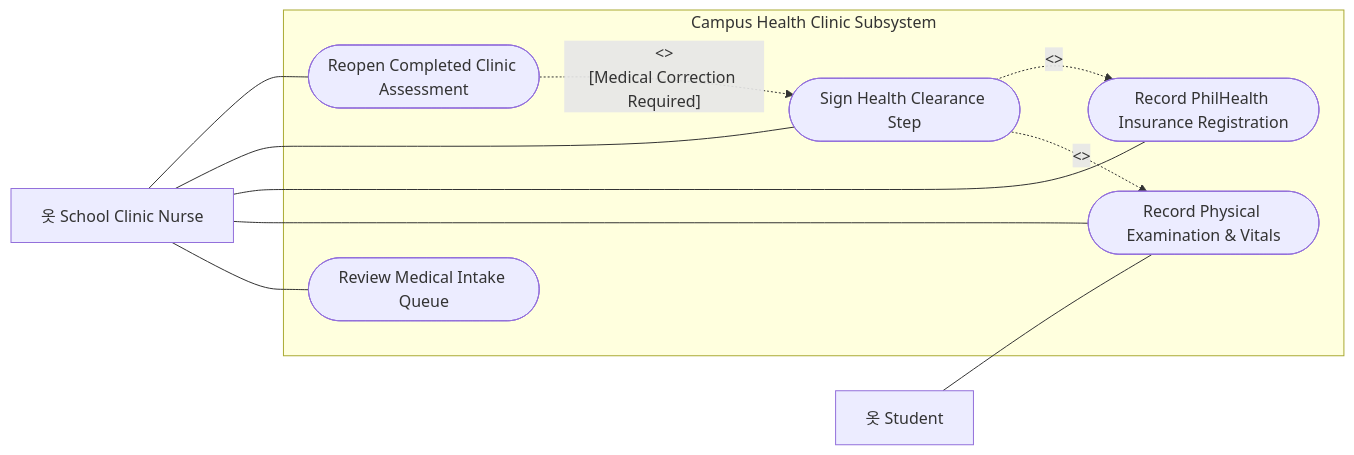
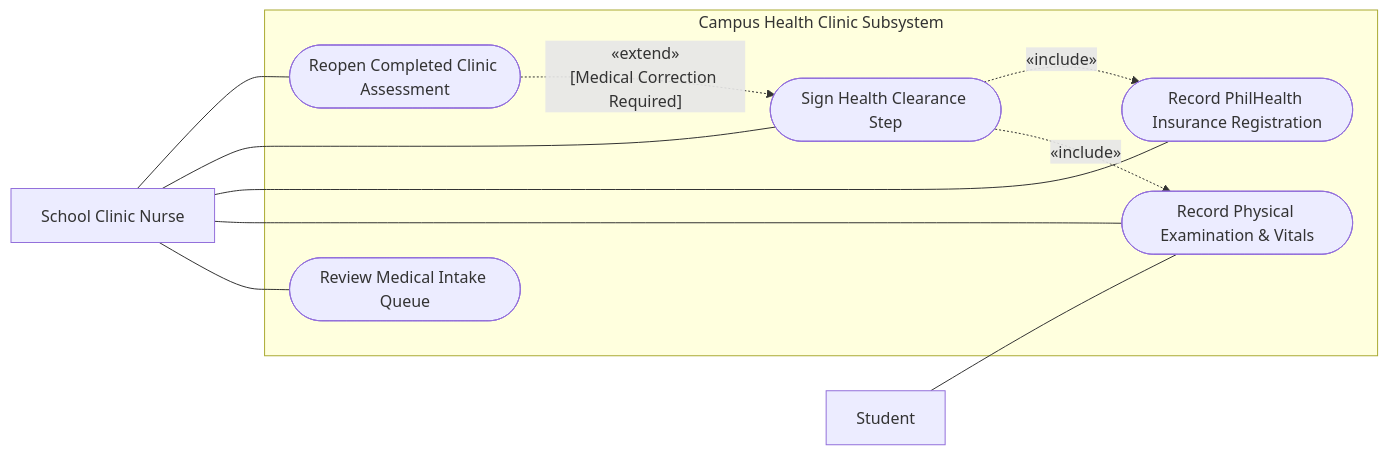
One commit to kirbygeagonia-create/EnrollmentManagementSystem changed diagram 14 of 17 in Documentation/Use-Case-Diagram-Guide.md. Above: the diagram before and after it, drawn with Mermaid. The commit also changed other lines of this file and 51 other files, not shown here.

````diff
--- a/Documentation/Use-Case-Diagram-Guide.md
+++ b/Documentation/Use-Case-Diagram-Guide.md
@@ -667,24 +669,24 @@
 ```mermaid
 flowchart LR
-    A_Cli["옷 School Clinic Nurse"]
-    A_Stud["옷 Student"]
+    A_Cli["School Clinic Nurse"]
+    A_Stud["Student"]
 
     subgraph SYSTEM ["Campus Health Clinic Subsystem"]
         UC_MD01(["Review Medical Intake Queue"])
         UC_MD02(["Record Physical Examination & Vitals"])
         UC_MD03(["Record PhilHealth Insurance Registration"])
         UC_MD04(["Sign Health Clearance Step"])
         UC_MD05(["Reopen Completed Clinic Assessment"])
     end
 
     A_Cli --- UC_MD01
     A_Cli --- UC_MD02
     A_Cli --- UC_MD03
     A_Cli --- UC_MD04
     A_Cli --- UC_MD05
 
     A_Stud --- UC_MD02
-    UC_MD04 -.->|"<<include>>"| UC_MD02
-    UC_MD04 -.->|"<<include>>"| UC_MD03
-    UC_MD05 -.->|"<<extend>>\n[Medical Correction Required]"| UC_MD04
+    UC_MD04 -.->|"«include»"| UC_MD02
+    UC_MD04 -.->|"«include»"| UC_MD03
+    UC_MD05 -.->|"«extend»\n[Medical Correction Required]"| UC_MD04
 ```
````
